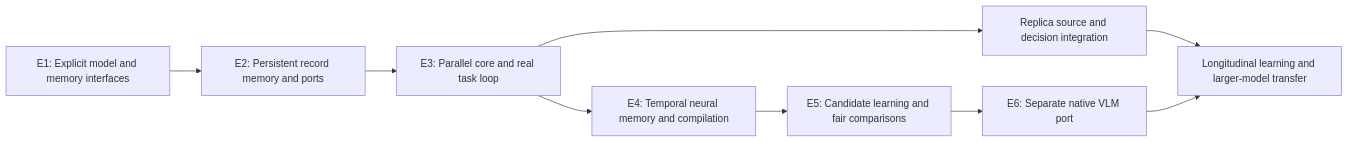
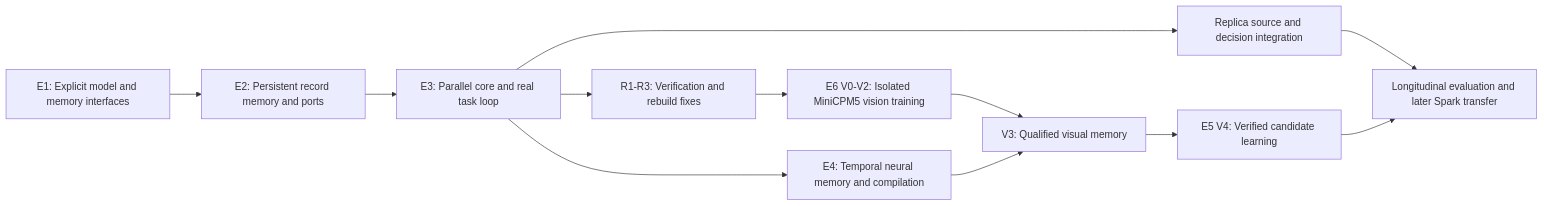
One commit to BaiTian6641/replica_r3_starter changed the diagram in docs/architecture/05_Implementation_Sequence.md. Above: the diagram before and after it, drawn with Mermaid. The commit also changed other lines of this file and 51 other files, not shown here.

````diff
--- a/docs/architecture/05_Implementation_Sequence.md
+++ b/docs/architecture/05_Implementation_Sequence.md
@@ -46,11 +46,14 @@
 ```mermaid
 flowchart LR
     A[E1: Explicit model and memory interfaces] --> B[E2: Persistent record memory and ports]
     B --> C[E3: Parallel core and real task loop]
     C --> D[E4: Temporal neural memory and compilation]
-    D --> E[E5: Candidate learning and fair comparisons]
+    C --> Q[R1-R3: Verification and rebuild fixes]
+    Q --> F[E6 V0-V2: Isolated MiniCPM5 vision training]
+    F --> V[V3: Qualified visual memory]
+    D --> V
+    V --> E[E5 V4: Verified candidate learning]
     C --> R[Replica source and decision integration]
-    E --> F[E6: Separate native VLM port]
     R --> G
-    F --> G[Longitudinal learning and larger-model transfer]
+    E --> G[Longitudinal evaluation and later Spark transfer]
 ```
````
